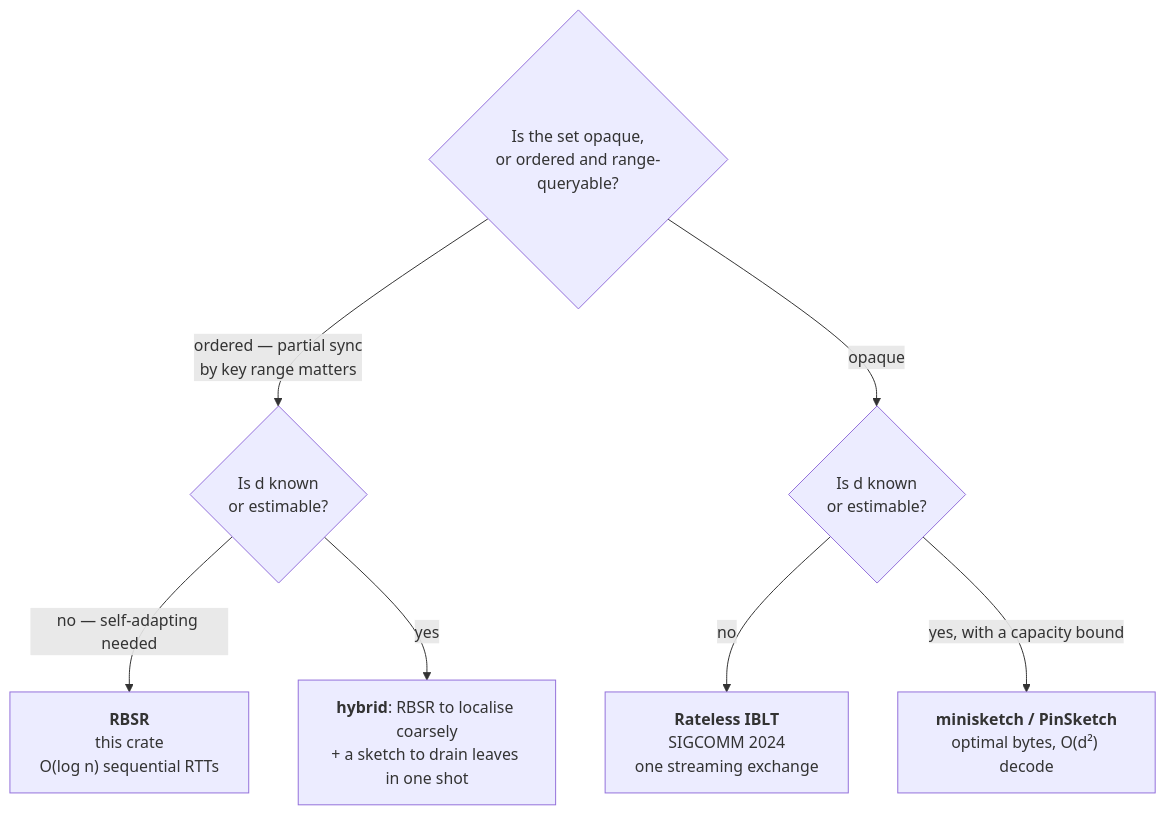
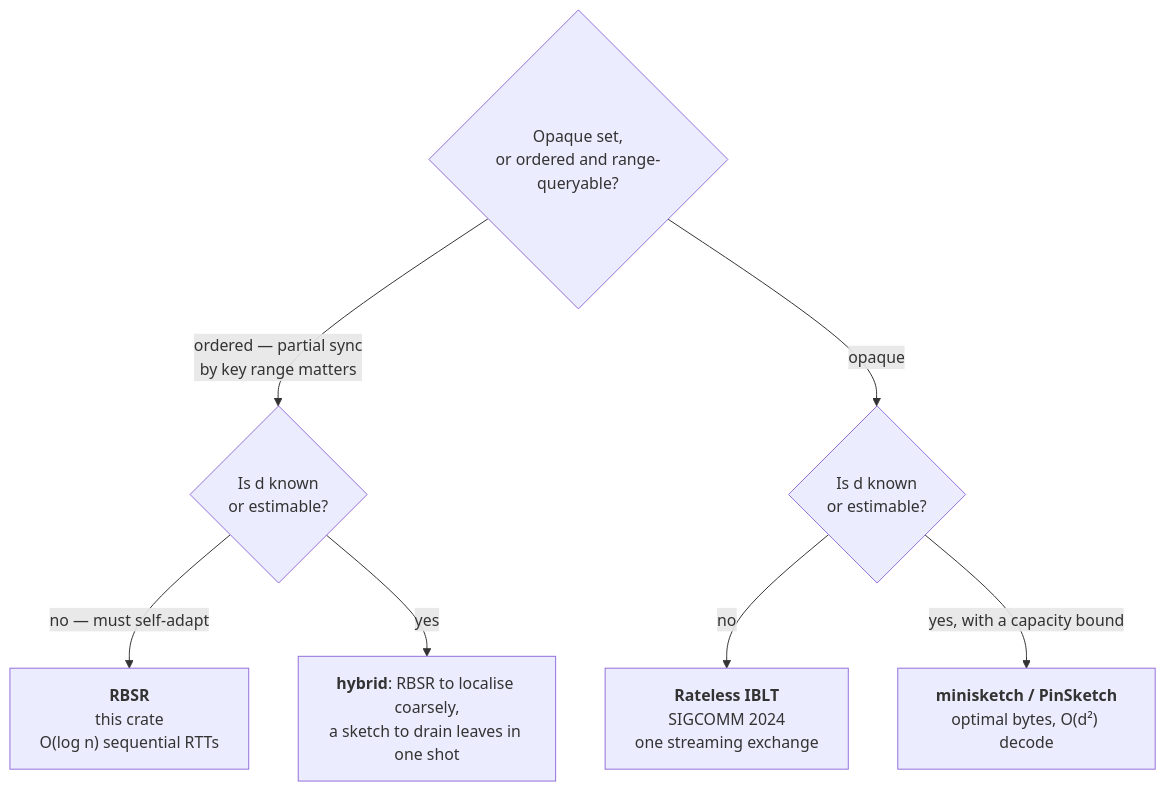
Before and after one commit to Akvize/reconcile-rs: the first of 2 diagrams in SOTA.md, drawn with Mermaid. The commit also changed other lines of this file and 5 other files, not shown here.

````diff
--- a/SOTA.md
+++ b/SOTA.md
@@ -56,10 +46,10 @@
 ```mermaid
 flowchart TD
-  q1{"Is the set opaque,<br>or ordered and range-queryable?"}
+  q1{"Opaque set,<br>or ordered and range-queryable?"}
   q1 -->|"ordered — partial sync<br>by key range matters"| q2{"Is d known<br>or estimable?"}
   q1 -->|opaque| q3{"Is d known<br>or estimable?"}
-  q2 -->|"no — self-adapting needed"| rbsr["<b>RBSR</b><br>this crate<br>O(log n) sequential RTTs"]
-  q2 -->|yes| hyb["<b>hybrid</b>: RBSR to localise coarsely<br>+ a sketch to drain leaves in one shot"]
+  q2 -->|"no — must self-adapt"| rbsr["<b>RBSR</b><br>this crate<br>O(log n) sequential RTTs"]
+  q2 -->|yes| hyb["<b>hybrid</b>: RBSR to localise coarsely,<br>a sketch to drain leaves in one shot"]
   q3 -->|no| riblt["<b>Rateless IBLT</b><br>SIGCOMM 2024<br>one streaming exchange"]
   q3 -->|"yes, with a capacity bound"| mini["<b>minisketch / PinSketch</b><br>optimal bytes, O(d²) decode"]
 ```
````
